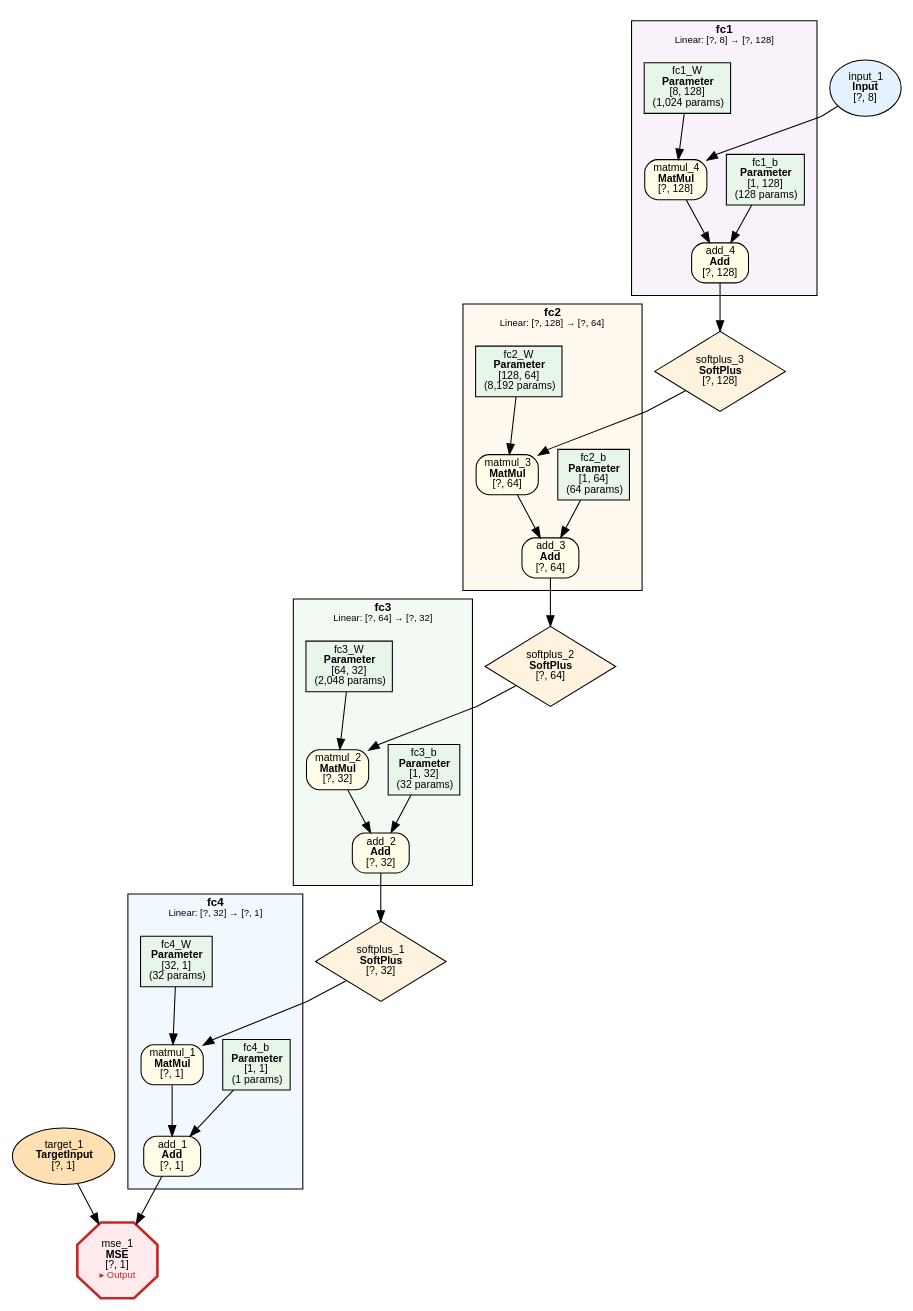
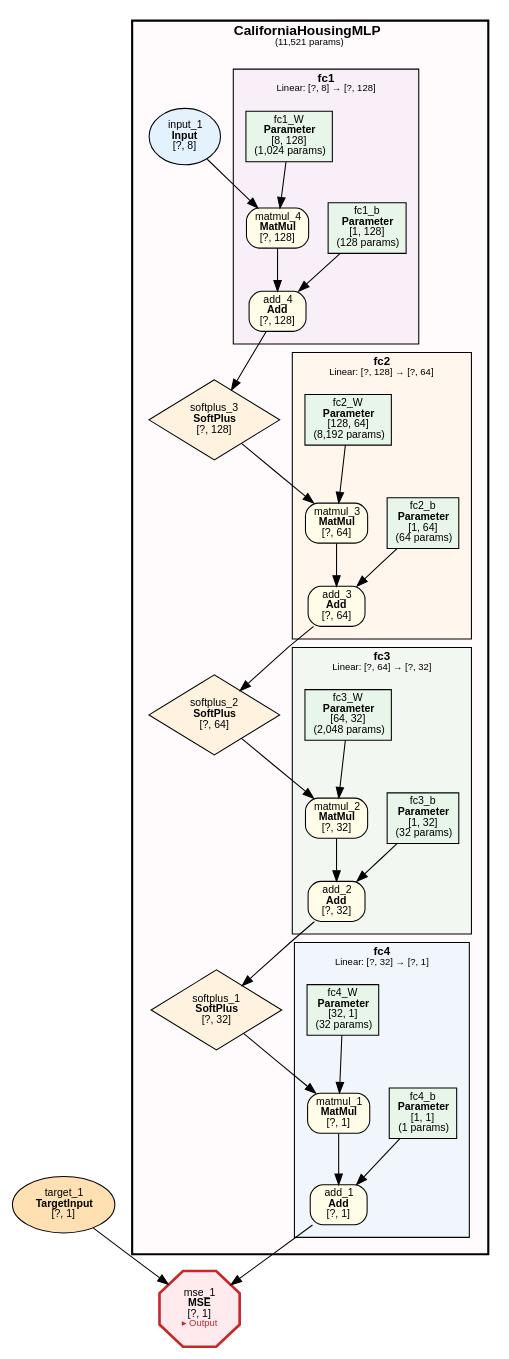
Before and after one commit to dbsxdbsx/only_torch: the diagram in examples/california_housing/california_housing.dot, drawn with Graphviz. The commit also changed 29 other files, not shown here.

```diff
--- a/examples/california_housing/california_housing.dot
+++ b/examples/california_housing/california_housing.dot
@@ -1,88 +1,98 @@
 digraph ComputeGraph {
     rankdir=TB;
     newrank=true;
     splines=polyline;
     node [fontname="Microsoft YaHei,SimHei,Arial"];
     edge [fontname="Microsoft YaHei,SimHei,Arial"];
 
-    subgraph cluster_group_linear_3 {
-        label=<<B>fc4</B><BR/><FONT POINT-SIZE="9">Linear: [?, 32] → [?, 1]</FONT>>;
-        style=filled;
-        fillcolor="#E3F2FD80";
+    subgraph cluster_model_CaliforniaHousingMLP {
+        label=<<B>CaliforniaHousingMLP</B><BR/><FONT POINT-SIZE="9">(11,521 params)</FONT>>;
+        style="filled,bold";
+        fillcolor="#FFEBEE40";
         fontname="Microsoft YaHei,SimHei,Arial";
-        fontsize=11;
-        margin=12;
-            "2" [label=<add_1<BR/><B>Add</B><BR/>[?, 1]> shape=box style="filled,rounded" fillcolor="#FFFDE7" fontsize=10];
-            "4" [label=<matmul_1<BR/><B>MatMul</B><BR/>[?, 1]> shape=box style="filled,rounded" fillcolor="#FFFDE7" fontsize=10];
-            "5" [label=<fc4_b<BR/><B>Parameter</B><BR/>[1, 1]<BR/>(1 params)> shape=box style=filled fillcolor="#E8F5E9" fontsize=10];
-            "7" [label=<fc4_W<BR/><B>Parameter</B><BR/>[32, 1]<BR/>(32 params)> shape=box style=filled fillcolor="#E8F5E9" fontsize=10];
-    }
+        fontsize=13;
+        margin=16;
 
-    subgraph cluster_group_linear_2 {
-        label=<<B>fc3</B><BR/><FONT POINT-SIZE="9">Linear: [?, 64] → [?, 32]</FONT>>;
-        style=filled;
-        fillcolor="#E8F5E980";
-        fontname="Microsoft YaHei,SimHei,Arial";
-        fontsize=11;
-        margin=12;
-            "8" [label=<add_2<BR/><B>Add</B><BR/>[?, 32]> shape=box style="filled,rounded" fillcolor="#FFFDE7" fontsize=10];
-            "9" [label=<matmul_2<BR/><B>MatMul</B><BR/>[?, 32]> shape=box style="filled,rounded" fillcolor="#FFFDE7" fontsize=10];
-            "10" [label=<fc3_b<BR/><B>Parameter</B><BR/>[1, 32]<BR/>(32 params)> shape=box style=filled fillcolor="#E8F5E9" fontsize=10];
-            "12" [label=<fc3_W<BR/><B>Parameter</B><BR/>[64, 32]<BR/>(2,048 params)> shape=box style=filled fillcolor="#E8F5E9" fontsize=10];
-    }
+        subgraph cluster_CaliforniaHousingMLP_fc4 {
+            label=<<B>fc4</B><BR/><FONT POINT-SIZE="9">Linear: [?, 32] → [?, 1]</FONT>>;
+            style=filled;
+            fillcolor="#E3F2FD80";
+            fontname="Microsoft YaHei,SimHei,Arial";
+            fontsize=11;
+            margin=12;
+                "2" [label=<add_1<BR/><B>Add</B><BR/>[?, 1]> shape=box style="filled,rounded" fillcolor="#FFFDE7" fontsize=10];
+                "4" [label=<matmul_1<BR/><B>MatMul</B><BR/>[?, 1]> shape=box style="filled,rounded" fillcolor="#FFFDE7" fontsize=10];
+                "5" [label=<fc4_b<BR/><B>Parameter</B><BR/>[1, 1]<BR/>(1 params)> shape=box style=filled fillcolor="#E8F5E9" fontsize=10];
+                "7" [label=<fc4_W<BR/><B>Parameter</B><BR/>[32, 1]<BR/>(32 params)> shape=box style=filled fillcolor="#E8F5E9" fontsize=10];
+        }
 
-    subgraph cluster_group_linear_1 {
-        label=<<B>fc2</B><BR/><FONT POINT-SIZE="9">Linear: [?, 128] → [?, 64]</FONT>>;
-        style=filled;
-        fillcolor="#FFF3E080";
-        fontname="Microsoft YaHei,SimHei,Arial";
-        fontsize=11;
-        margin=12;
-            "13" [label=<add_3<BR/><B>Add</B><BR/>[?, 64]> shape=box style="filled,rounded" fillcolor="#FFFDE7" fontsize=10];
-            "14" [label=<matmul_3<BR/><B>MatMul</B><BR/>[?, 64]> shape=box style="filled,rounded" fillcolor="#FFFDE7" fontsize=10];
-            "15" [label=<fc2_b<BR/><B>Parameter</B><BR/>[1, 64]<BR/>(64 params)> shape=box style=filled fillcolor="#E8F5E9" fontsize=10];
-            "17" [label=<fc2_W<BR/><B>Parameter</B><BR/>[128, 64]<BR/>(8,192 params)> shape=box style=filled fillcolor="#E8F5E9" fontsize=10];
-    }
+        subgraph cluster_CaliforniaHousingMLP_fc3 {
+            label=<<B>fc3</B><BR/><FONT POINT-SIZE="9">Linear: [?, 64] → [?, 32]</FONT>>;
+            style=filled;
+            fillcolor="#E8F5E980";
+            fontname="Microsoft YaHei,SimHei,Arial";
+            fontsize=11;
+            margin=12;
+                "8" [label=<add_2<BR/><B>Add</B><BR/>[?, 32]> shape=box style="filled,rounded" fillcolor="#FFFDE7" fontsize=10];
+                "9" [label=<matmul_2<BR/><B>MatMul</B><BR/>[?, 32]> shape=box style="filled,rounded" fillcolor="#FFFDE7" fontsize=10];
+                "10" [label=<fc3_b<BR/><B>Parameter</B><BR/>[1, 32]<BR/>(32 params)> shape=box style=filled fillcolor="#E8F5E9" fontsize=10];
+                "12" [label=<fc3_W<BR/><B>Parameter</B><BR/>[64, 32]<BR/>(2,048 params)> shape=box style=filled fillcolor="#E8F5E9" fontsize=10];
+        }
 
-    subgraph cluster_group_linear_0 {
-        label=<<B>fc1</B><BR/><FONT POINT-SIZE="9">Linear: [?, 8] → [?, 128]</FONT>>;
-        style=filled;
-        fillcolor="#F3E5F580";
-        fontname="Microsoft YaHei,SimHei,Arial";
-        fontsize=11;
-        margin=12;
-            "18" [label=<add_4<BR/><B>Add</B><BR/>[?, 128]> shape=box style="filled,rounded" fillcolor="#FFFDE7" fontsize=10];
-            "19" [label=<matmul_4<BR/><B>MatMul</B><BR/>[?, 128]> shape=box style="filled,rounded" fillcolor="#FFFDE7" fontsize=10];
-            "20" [label=<fc1_b<BR/><B>Parameter</B><BR/>[1, 128]<BR/>(128 params)> shape=box style=filled fillcolor="#E8F5E9" fontsize=10];
-            "22" [label=<fc1_W<BR/><B>Parameter</B><BR/>[8, 128]<BR/>(1,024 params)> shape=box style=filled fillcolor="#E8F5E9" fontsize=10];
+        subgraph cluster_CaliforniaHousingMLP_fc2 {
+            label=<<B>fc2</B><BR/><FONT POINT-SIZE="9">Linear: [?, 128] → [?, 64]</FONT>>;
+            style=filled;
+            fillcolor="#FFF3E080";
+            fontname="Microsoft YaHei,SimHei,Arial";
+            fontsize=11;
+            margin=12;
+                "13" [label=<add_3<BR/><B>Add</B><BR/>[?, 64]> shape=box style="filled,rounded" fillcolor="#FFFDE7" fontsize=10];
+                "14" [label=<matmul_3<BR/><B>MatMul</B><BR/>[?, 64]> shape=box style="filled,rounded" fillcolor="#FFFDE7" fontsize=10];
+                "15" [label=<fc2_b<BR/><B>Parameter</B><BR/>[1, 64]<BR/>(64 params)> shape=box style=filled fillcolor="#E8F5E9" fontsize=10];
+                "17" [label=<fc2_W<BR/><B>Parameter</B><BR/>[128, 64]<BR/>(8,192 params)> shape=box style=filled fillcolor="#E8F5E9" fontsize=10];
+        }
+
+        subgraph cluster_CaliforniaHousingMLP_fc1 {
+            label=<<B>fc1</B><BR/><FONT POINT-SIZE="9">Linear: [?, 8] → [?, 128]</FONT>>;
+            style=filled;
+            fillcolor="#F3E5F580";
+            fontname="Microsoft YaHei,SimHei,Arial";
+            fontsize=11;
+            margin=12;
+                "18" [label=<add_4<BR/><B>Add</B><BR/>[?, 128]> shape=box style="filled,rounded" fillcolor="#FFFDE7" fontsize=10];
+                "19" [label=<matmul_4<BR/><B>MatMul</B><BR/>[?, 128]> shape=box style="filled,rounded" fillcolor="#FFFDE7" fontsize=10];
+                "20" [label=<fc1_b<BR/><B>Parameter</B><BR/>[1, 128]<BR/>(128 params)> shape=box style=filled fillcolor="#E8F5E9" fontsize=10];
+                "22" [label=<fc1_W<BR/><B>Parameter</B><BR/>[8, 128]<BR/>(1,024 params)> shape=box style=filled fillcolor="#E8F5E9" fontsize=10];
+        }
+
+        "6" [label=<softplus_1<BR/><B>SoftPlus</B><BR/>[?, 32]> shape=diamond style=filled fillcolor="#FFF3E0" fontsize=10];
+        "11" [label=<softplus_2<BR/><B>SoftPlus</B><BR/>[?, 64]> shape=diamond style=filled fillcolor="#FFF3E0" fontsize=10];
+        "16" [label=<softplus_3<BR/><B>SoftPlus</B><BR/>[?, 128]> shape=diamond style=filled fillcolor="#FFF3E0" fontsize=10];
+        "21" [label=<input_1<BR/><B>Input</B><BR/>[?, 8]> shape=ellipse style=filled fillcolor="#E3F2FD" fontsize=10];
     }
 
     "1" [label=<mse_1<BR/><B>MSE</B><BR/>[?, 1]<BR/><FONT COLOR="#C62828" POINT-SIZE="9">▸ Output</FONT>> shape=octagon style=filled fillcolor="#FFEBEE" fontsize=10 penwidth=2.5 color="#C62828"];
     "3" [label=<target_1<BR/><B>TargetInput</B><BR/>[?, 1]> shape=ellipse style=filled fillcolor="#FFE0B2" fontsize=10];
-    "6" [label=<softplus_1<BR/><B>SoftPlus</B><BR/>[?, 32]> shape=diamond style=filled fillcolor="#FFF3E0" fontsize=10];
-    "11" [label=<softplus_2<BR/><B>SoftPlus</B><BR/>[?, 64]> shape=diamond style=filled fillcolor="#FFF3E0" fontsize=10];
-    "16" [label=<softplus_3<BR/><B>SoftPlus</B><BR/>[?, 128]> shape=diamond style=filled fillcolor="#FFF3E0" fontsize=10];
-    "21" [label=<input_1<BR/><B>Input</B><BR/>[?, 8]> shape=ellipse style=filled fillcolor="#E3F2FD" fontsize=10];
 
     "2" -> "1";
     "3" -> "1";
     "4" -> "2";
     "5" -> "2";
     "6" -> "4";
     "7" -> "4";
     "8" -> "6";
     "9" -> "8";
     "10" -> "8";
     "11" -> "9";
     "12" -> "9";
     "13" -> "11";
     "14" -> "13";
     "15" -> "13";
     "16" -> "14";
     "17" -> "14";
     "18" -> "16";
     "19" -> "18";
     "20" -> "18";
     "21" -> "19";
     "22" -> "19";
 }
```
